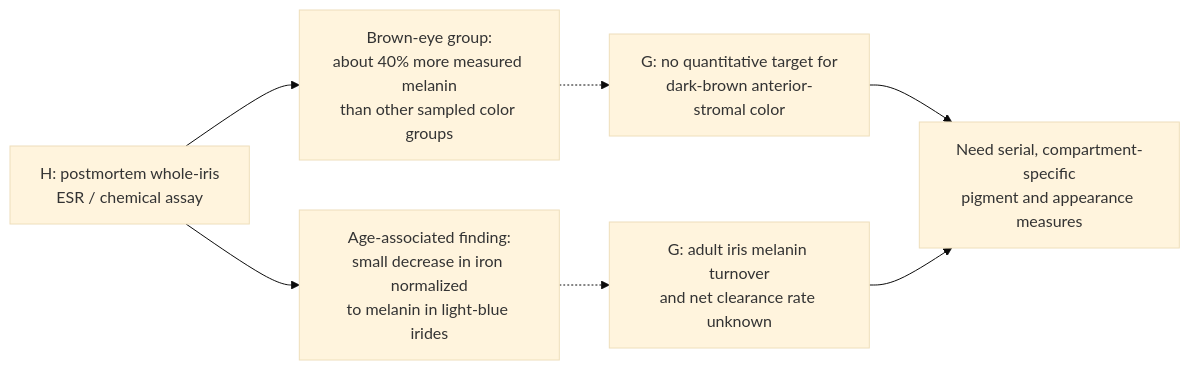
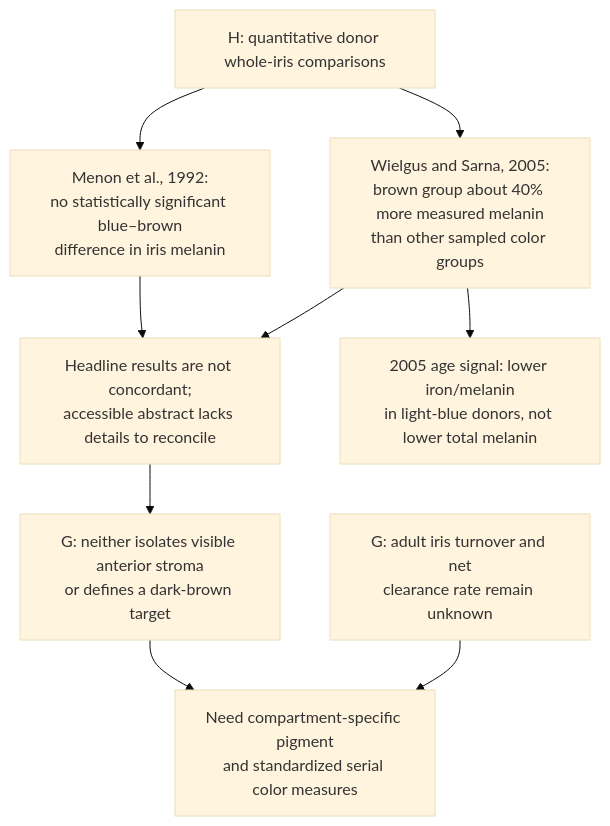
Before and after one commit to dylanstechmann/iris-color-without-contacts: the diagram in research/selective-melanin-modulation.md, drawn with Mermaid (base theme). The commit also changed other lines of this file, not shown here.

Commit message:
Add whole-iris comparison and revise evidence diagram

````diff
--- a/research/selective-melanin-modulation.md
+++ b/research/selective-melanin-modulation.md
@@ -37,9 +37,12 @@
 ```mermaid
-flowchart LR
-    W["H: postmortem whole-iris<br/>ESR / chemical assay"] --> B["Brown-eye group:<br/>about 40% more measured melanin<br/>than other sampled color groups"]
-    W --> A["Age-associated finding:<br/>small decrease in iron normalized<br/>to melanin in light-blue irides"]
-    B -.-> T["G: no quantitative target for<br/>dark-brown anterior-stromal color"]
-    A -.-> R["G: adult iris melanin turnover<br/>and net clearance rate unknown"]
-    T --> M["Need serial, compartment-specific<br/>pigment and appearance measures"]
-    R --> M
+flowchart TD
+    H["H: quantitative donor whole-iris comparisons"]
+    H --> M["Menon et al., 1992:<br/>no statistically significant blue–brown<br/>difference in iris melanin"]
+    H --> W["Wielgus and Sarna, 2005:<br/>brown group about 40% more measured melanin<br/>than other sampled color groups"]
+    M --> C["Headline results are not concordant;<br/>accessible abstract lacks details to reconcile"]
+    W --> C
+    C --> T["G: neither isolates visible anterior stroma<br/>or defines a dark-brown target"]
+    T --> N["Need compartment-specific pigment<br/>and standardized serial color measures"]
+    W --> A["2005 age signal: lower iron/melanin<br/>in light-blue donors, not lower total melanin"]
+    R["G: adult iris turnover and net<br/>clearance rate remain unknown"] --> N
 ```
````
